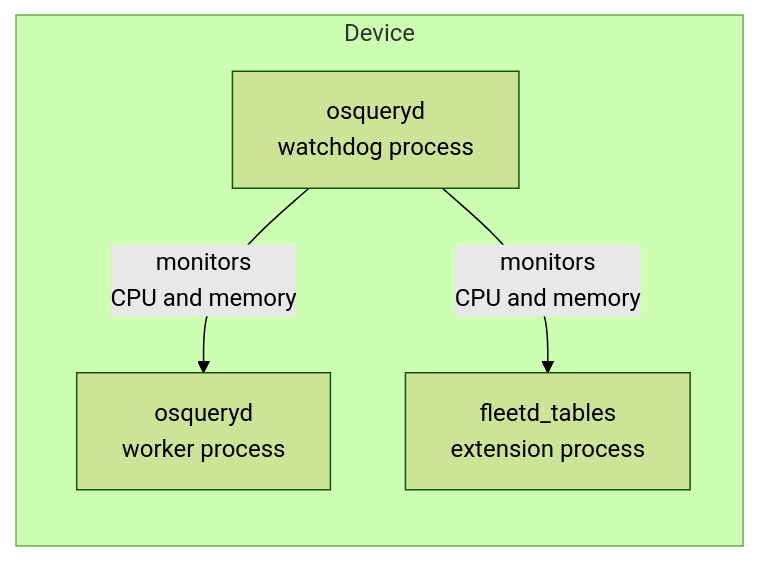
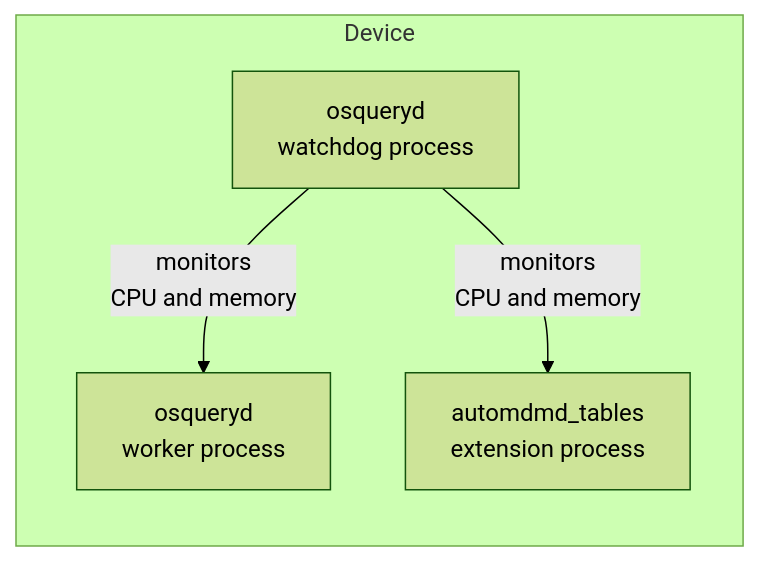
One commit to anilyagiz/AutoMDM changed the diagram in tools/loadtest/osquery/README.md. Above: the diagram before and after it, drawn with Mermaid (forest theme). The commit also changed other lines of this file and 7979 other files, not shown here.

````diff
--- a/tools/loadtest/osquery/README.md
+++ b/tools/loadtest/osquery/README.md
@@ -20,11 +20,11 @@
 ```mermaid
 graph LR;
     subgraph Device
         osquery_watchdog[osqueryd\nwatchdog process];
         osqueryd_worker[osqueryd\nworker process];
-        fleetd_tables[fleetd_tables\nextension process];
+        automdmd_tables[automdmd_tables\nextension process];
 
         osquery_watchdog -- monitors\nCPU and memory --> osqueryd_worker;
-        osquery_watchdog -- monitors\nCPU and memory --> fleetd_tables;
+        osquery_watchdog -- monitors\nCPU and memory --> automdmd_tables;
     end
 ```
````
